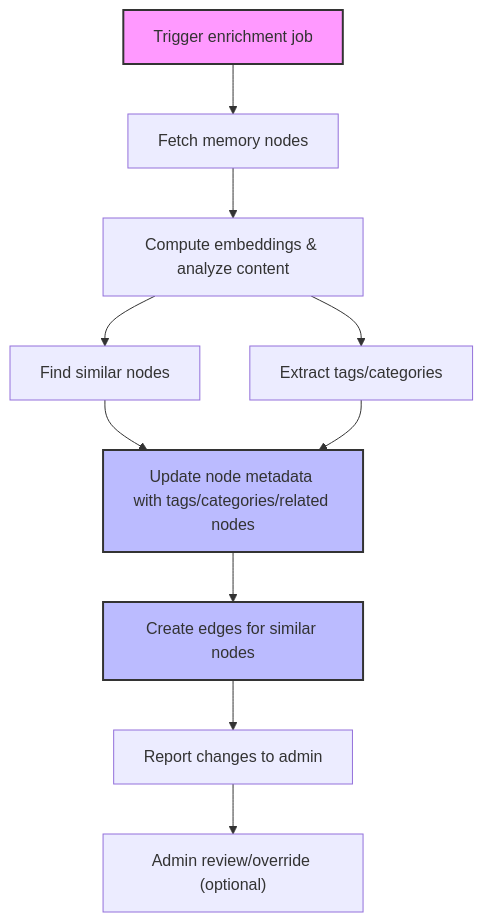
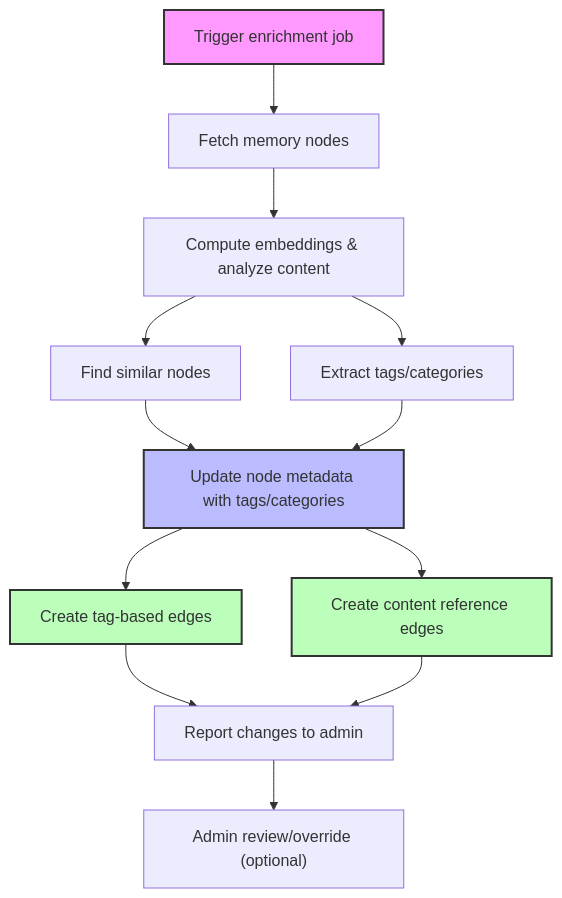
The diagram in docs/user_stories/memory_enrichment_worker.md (the-great-abby/ai-ide-api), drawn with Mermaid before and after one commit. The commit also changed other lines of this file and 104 other files, not shown here.

````diff
--- a/docs/user_stories/memory_enrichment_worker.md
+++ b/docs/user_stories/memory_enrichment_worker.md
@@ -88,15 +91,18 @@
 ```mermaid
 flowchart TD
     A["Trigger enrichment job"] --> B["Fetch memory nodes"]
     B --> C["Compute embeddings & analyze content"]
     C --> D["Find similar nodes"]
     C --> E["Extract tags/categories"]
-    D --> F["Update node metadata with tags/categories/related nodes"]
+    D --> F["Update node metadata with tags/categories"]
     E --> F
-    F --> G["Create edges for similar nodes"]
-    G --> H["Report changes to admin"]
-    H --> I["Admin review/override (optional)"]
+    F --> G["Create tag-based edges"]
+    F --> H["Create content reference edges"]
+    G --> I["Report changes to admin"]
+    H --> I
+    I --> J["Admin review/override (optional)"]
     style A fill:#f9f,stroke:#333,stroke-width:2px
     style F fill:#bbf,stroke:#333,stroke-width:2px
-    style G fill:#bbf,stroke:#333,stroke-width:2px
+    style G fill:#bfb,stroke:#333,stroke-width:2px
+    style H fill:#bfb,stroke:#333,stroke-width:2px
 ```
````
